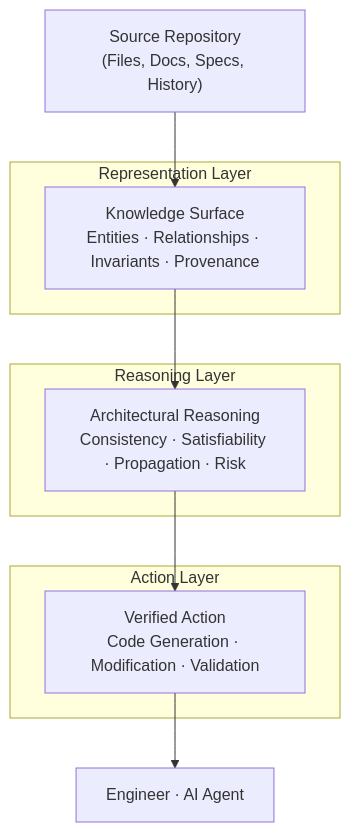
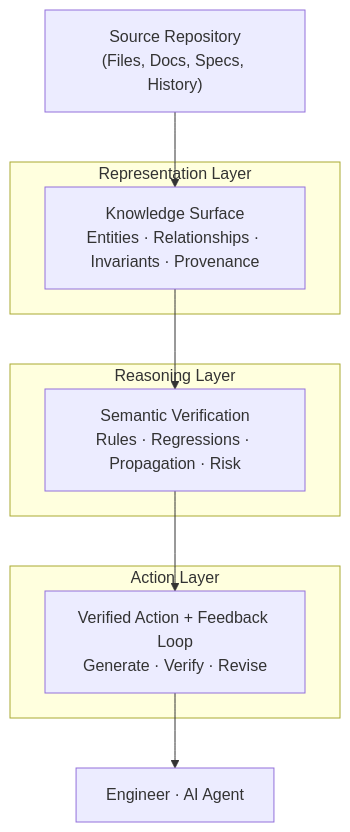
The third of 3 diagrams in README.md (dronpancholi/architecture-ai-cannot-see), drawn with Mermaid before and after one commit. The commit also changed other lines of this file and 51 other files, not shown here.

First line of the commit message:
feat: semantic verification engine, real-world benchmarks, agent loop

````diff
--- a/README.md
+++ b/README.md
@@ -129,24 +268,24 @@
 ```mermaid
 graph TD
     A["Source Repository<br/>(Files, Docs, Specs, History)"]
 
     A --> B
 
     subgraph R ["Representation Layer"]
         B["Knowledge Surface<br/>Entities · Relationships · Invariants · Provenance"]
     end
 
     B --> C
 
     subgraph L ["Reasoning Layer"]
-        C["Architectural Reasoning<br/>Consistency · Satisfiability · Propagation · Risk"]
+        C["Semantic Verification<br/>Rules · Regressions · Propagation · Risk"]
     end
 
     C --> D
 
     subgraph X ["Action Layer"]
-        D["Verified Action<br/>Code Generation · Modification · Validation"]
+        D["Verified Action + Feedback Loop<br/>Generate · Verify · Revise"]
     end
 
     D --> E["Engineer · AI Agent"]
 ```
````
